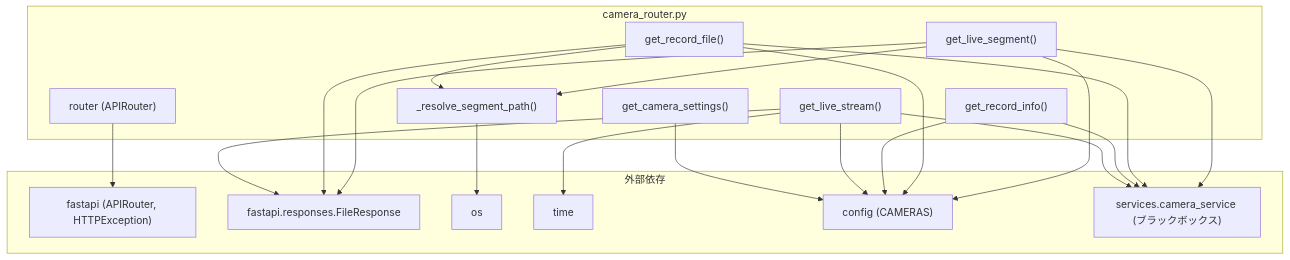
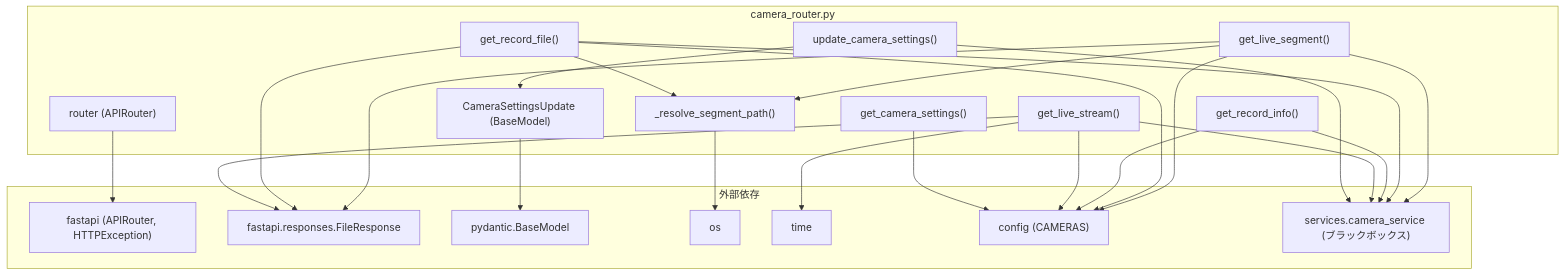
Before and after one commit to mmtigers/my_python_project: the second of 2 diagrams in docs/specifications/MY_HOME_SYSTEM/camera_router.md, drawn with Mermaid. The commit also changed other lines of this file and 3 other files, not shown here.

````diff
--- a/docs/specifications/MY_HOME_SYSTEM/camera_router.md
+++ b/docs/specifications/MY_HOME_SYSTEM/camera_router.md
@@ -209,39 +255,45 @@
 ```mermaid
 graph TD
     subgraph "camera_router.py"
         router["router (APIRouter)"]
+        CameraSettingsUpdate["CameraSettingsUpdate (BaseModel)"]
         resolve_segment_path["_resolve_segment_path()"]
         get_camera_settings["get_camera_settings()"]
+        update_camera_settings["update_camera_settings()"]
         get_live_stream["get_live_stream()"]
         get_record_info["get_record_info()"]
         get_record_file["get_record_file()"]
         get_live_segment["get_live_segment()"]
     end
 
     subgraph "外部依存"
         fastapi["fastapi (APIRouter, HTTPException)"]
         fastapi_responses["fastapi.responses.FileResponse"]
+        pydantic_mod["pydantic.BaseModel"]
         os_mod["os"]
         time_mod["time"]
         config["config (CAMERAS)"]
         camera_service["services.camera_service (ブラックボックス)"]
     end
 
     router --> fastapi
+    CameraSettingsUpdate --> pydantic_mod
+    update_camera_settings --> CameraSettingsUpdate
+    update_camera_settings --> camera_service
     get_camera_settings --> config
     get_live_stream --> config
     get_live_stream --> camera_service
     get_live_stream --> time_mod
     get_live_stream --> fastapi_responses
     get_record_info --> config
     get_record_info --> camera_service
     get_record_file --> config
     get_record_file --> camera_service
     get_record_file --> resolve_segment_path
     get_record_file --> fastapi_responses
     get_live_segment --> config
     get_live_segment --> camera_service
     get_live_segment --> resolve_segment_path
     get_live_segment --> fastapi_responses
     resolve_segment_path --> os_mod
 ```
````
